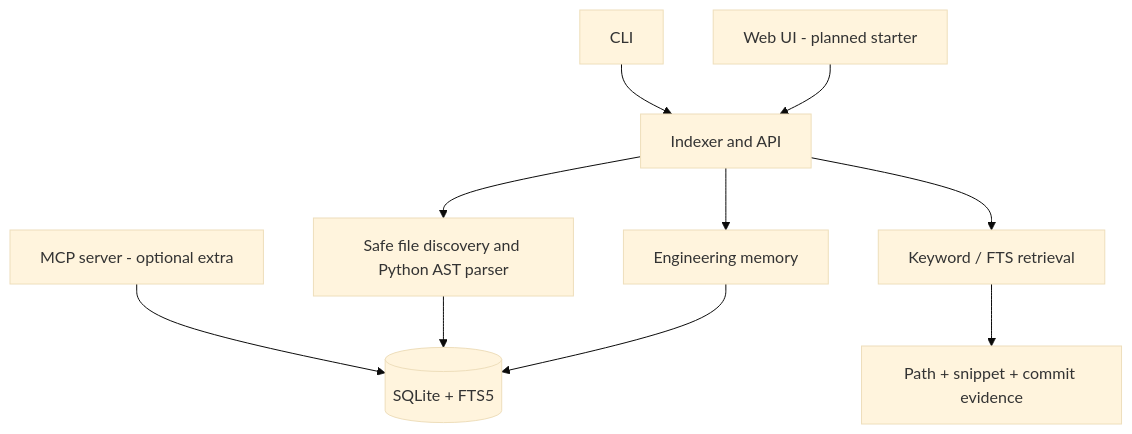
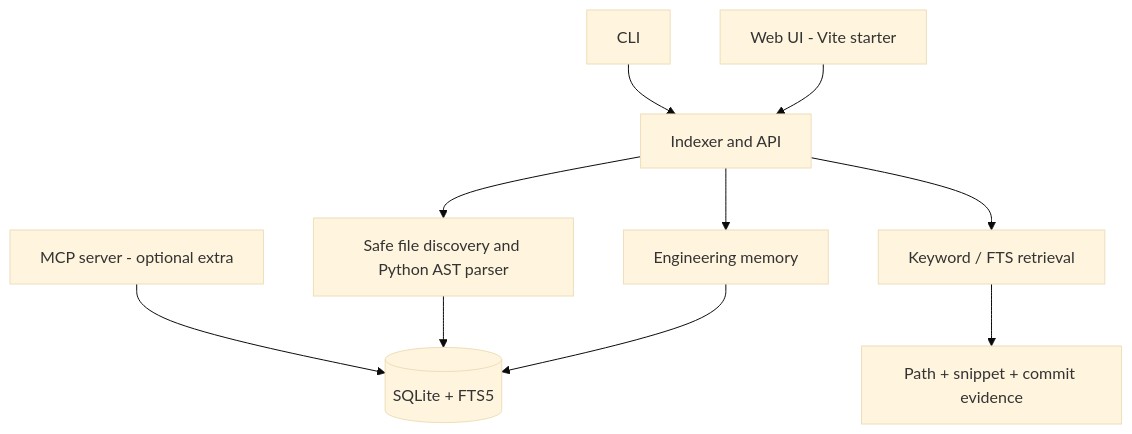
The diagram in docs/architecture.md (vankudothuadhinaik/RepoPilot), drawn with Mermaid (base theme) before and after one commit. The commit also changed other lines of this file and 21 other files, not shown here.

````diff
--- a/docs/architecture.md
+++ b/docs/architecture.md
@@ -5,12 +5,12 @@
 ```mermaid
 flowchart TD
     CLI[CLI] --> Core[Indexer and API]
-    UI[Web UI - planned starter] --> Core
+    UI[Web UI - Vite starter] --> Core
     MCP[MCP server - optional extra] --> Store[(SQLite + FTS5)]
     Core --> Indexer[Safe file discovery and Python AST parser]
     Indexer --> Store
     Core --> Search[Keyword / FTS retrieval]
     Search --> Evidence[Path + snippet + commit evidence]
     Core --> Memory[Engineering memory]
     Memory --> Store
 ```
````
